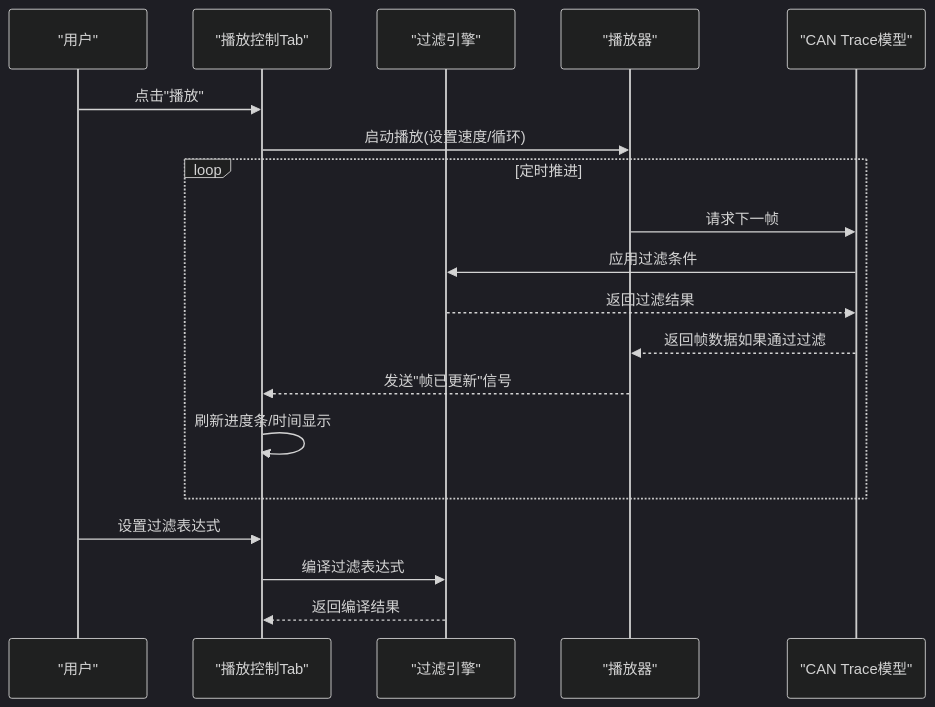
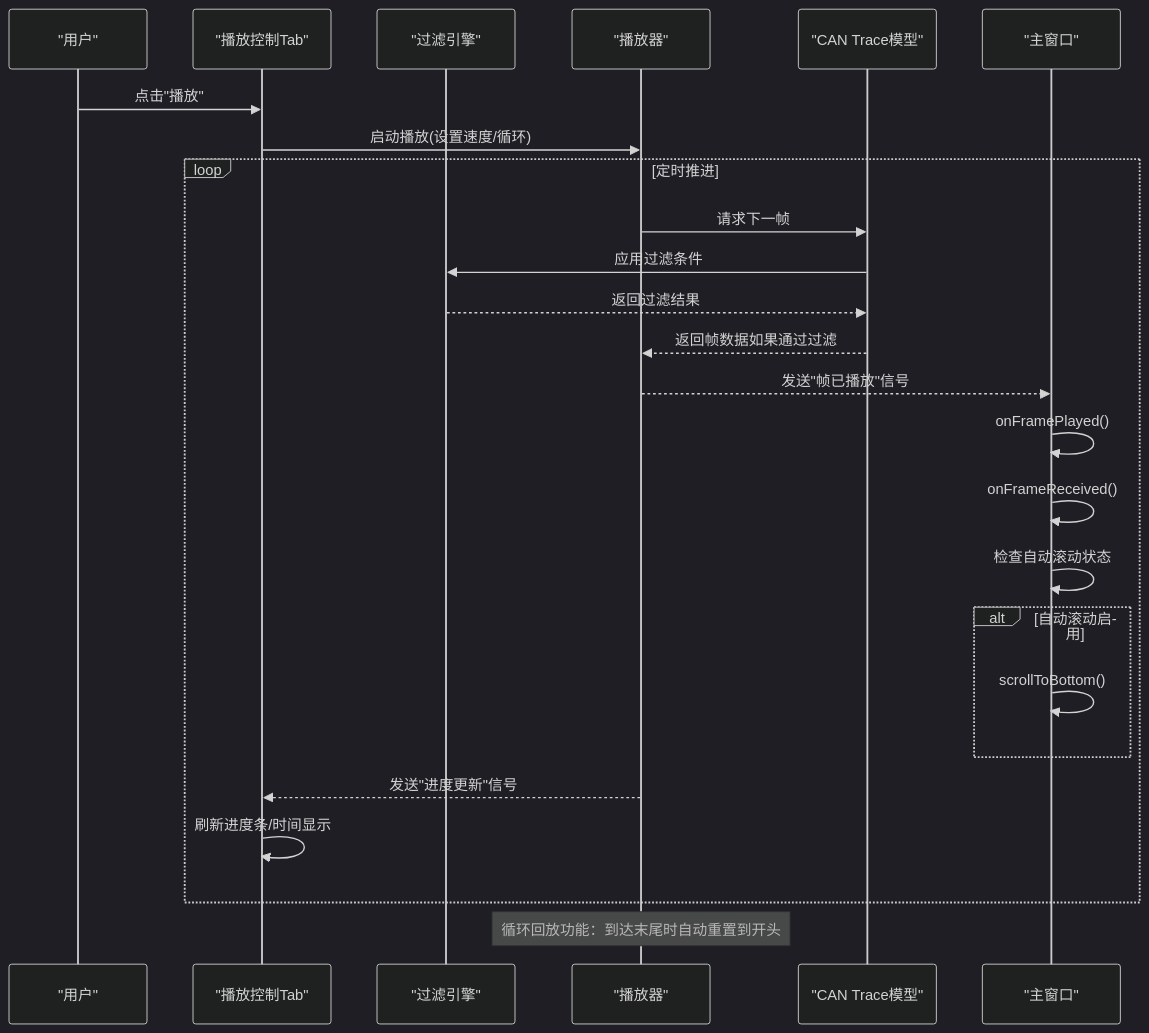
One commit to jakecai1225-design/OpenBus changed the second of 7 diagrams in .qoder/repowiki/zh/content/架构设计/UI系统设计/播放控制Tab组件.md. Above: the diagram before and after it, drawn with Mermaid (dark theme). The commit also changed other lines of this file and 38 other files, not shown here.

````diff
--- a/.qoder/repowiki/zh/content/架构设计/UI系统设计/播放控制Tab组件.md
+++ b/.qoder/repowiki/zh/content/架构设计/UI系统设计/播放控制Tab组件.md
@@ -119,21 +131,27 @@
 ```mermaid
 sequenceDiagram
 participant User as "用户"
 participant Tab as "播放控制Tab"
 participant Filter as "过滤引擎"
 participant Player as "播放器"
 participant Model as "CAN Trace模型"
+participant MainWindow as "主窗口"
 User->>Tab : 点击"播放"
 Tab->>Player : 启动播放(设置速度/循环)
 loop 定时推进
 Player->>Model : 请求下一帧
 Model->>Filter : 应用过滤条件
 Filter-->>Model : 返回过滤结果
 Model-->>Player : 返回帧数据如果通过过滤
-Player-->>Tab : 发送"帧已更新"信号
+Player-->>MainWindow : 发送"帧已播放"信号
+MainWindow->>MainWindow : onFramePlayed()
+MainWindow->>MainWindow : onFrameReceived()
+MainWindow->>MainWindow : 检查自动滚动状态
+alt 自动滚动启用
+MainWindow->>MainWindow : scrollToBottom()
+end
+Player-->>Tab : 发送"进度更新"信号
 Tab->>Tab : 刷新进度条/时间显示
 end
-User->>Tab : 设置过滤表达式
-Tab->>Filter : 编译过滤表达式
-Filter-->>Tab : 返回编译结果
+Note over Player : 循环回放功能：到达末尾时自动重置到开头
 ```
````
